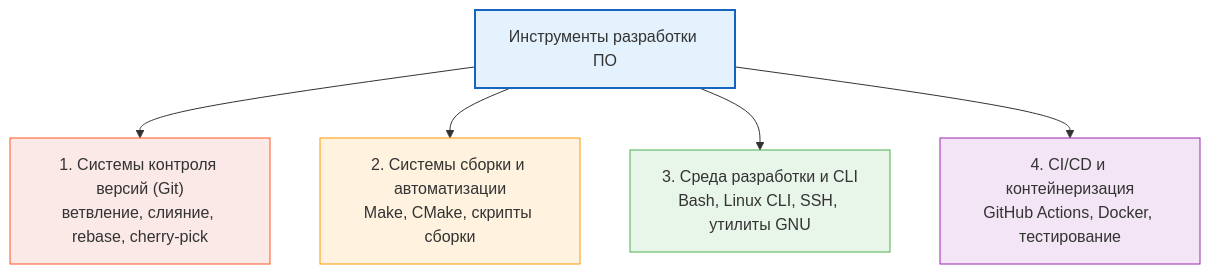
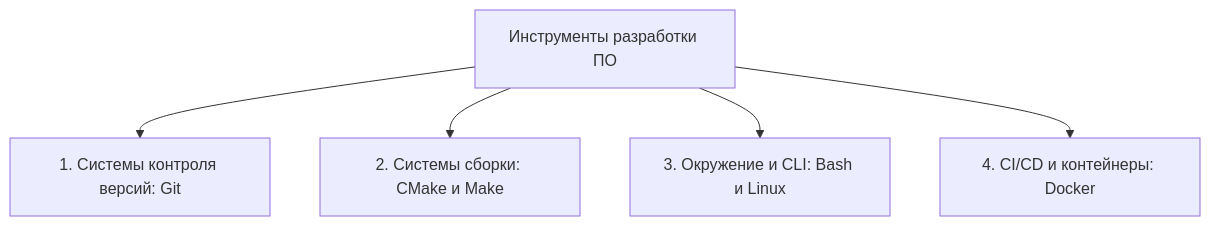
One commit to bprm60-del/ITMO_IS_lectory changed the first of 3 diagrams in ИСПРО/README.md. Above: the diagram before and after it, drawn with Mermaid. The commit also changed other lines of this file and 4 other files, not shown here.

````diff
--- a/ИСПРО/README.md
+++ b/ИСПРО/README.md
@@ -16,13 +16,7 @@
 ```mermaid
 graph TD
-    ISPRO["Инструменты разработки ПО"] --> Git["1. Системы контроля версий (Git)<br/>ветвление, слияние, rebase, cherry-pick"]
-    ISPRO --> Build["2. Системы сборки и автоматизации<br/>Make, CMake, скрипты сборки"]
-    ISPRO --> Env["3. Среда разработки и CLI<br/>Bash, Linux CLI, SSH, утилиты GNU"]
-    ISPRO --> CI["4. CI/CD и контейнеризация<br/>GitHub Actions, Docker, тестирование"]
-
-    style ISPRO fill:#e3f2fd,stroke:#1565c0,stroke-width:2px
-    style Git fill:#fbe9e7,stroke:#ff5722
-    style Build fill:#fff3e0,stroke:#ff9800
-    style Env fill:#e8f5e9,stroke:#4caf50
-    style CI fill:#f3e5f5,stroke:#9c27b0
+    ISPRO["Инструменты разработки ПО"] --> Git["1. Системы контроля версий: Git"]
+    ISPRO --> Build["2. Системы сборки: CMake и Make"]
+    ISPRO --> Env["3. Окружение и CLI: Bash и Linux"]
+    ISPRO --> CI["4. CI/CD и контейнеры: Docker"]
 ```
````
